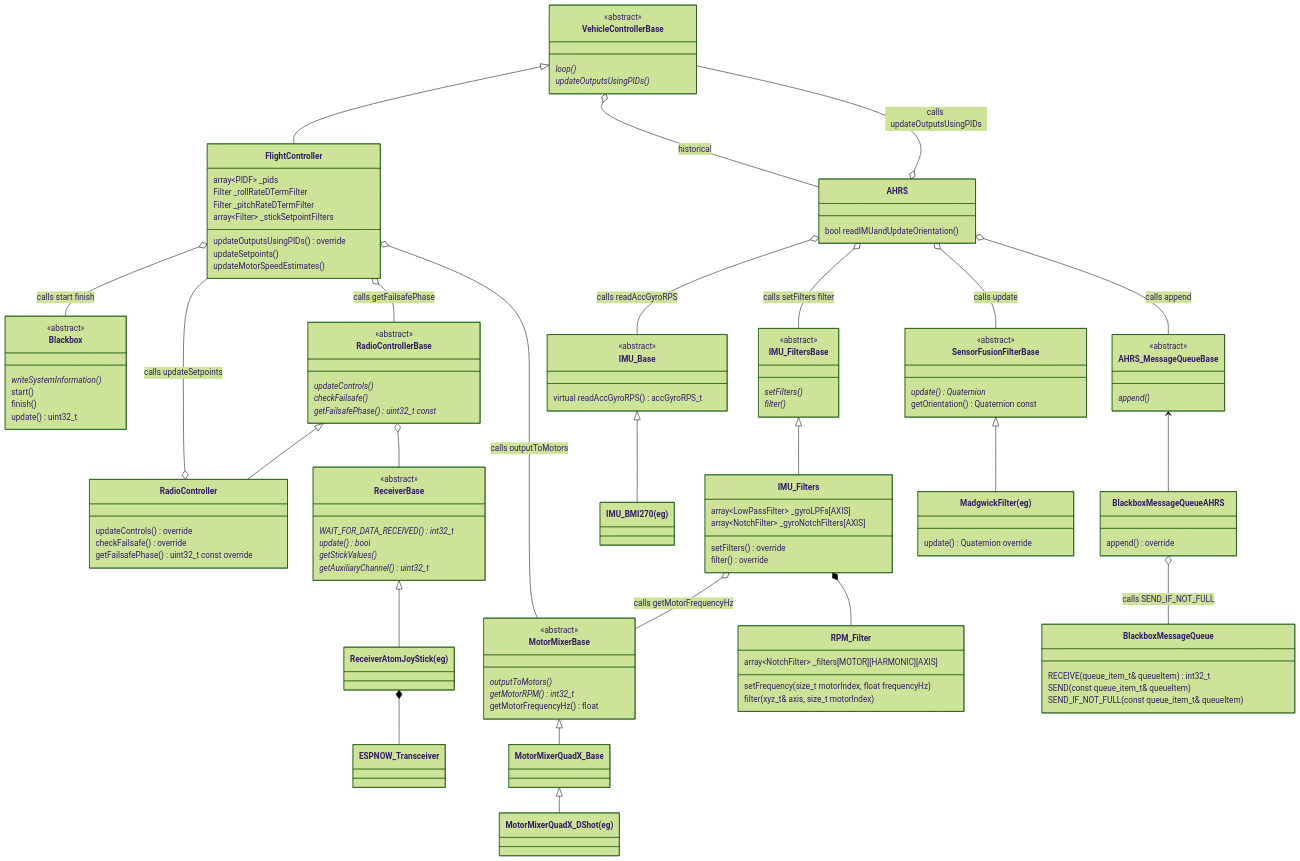
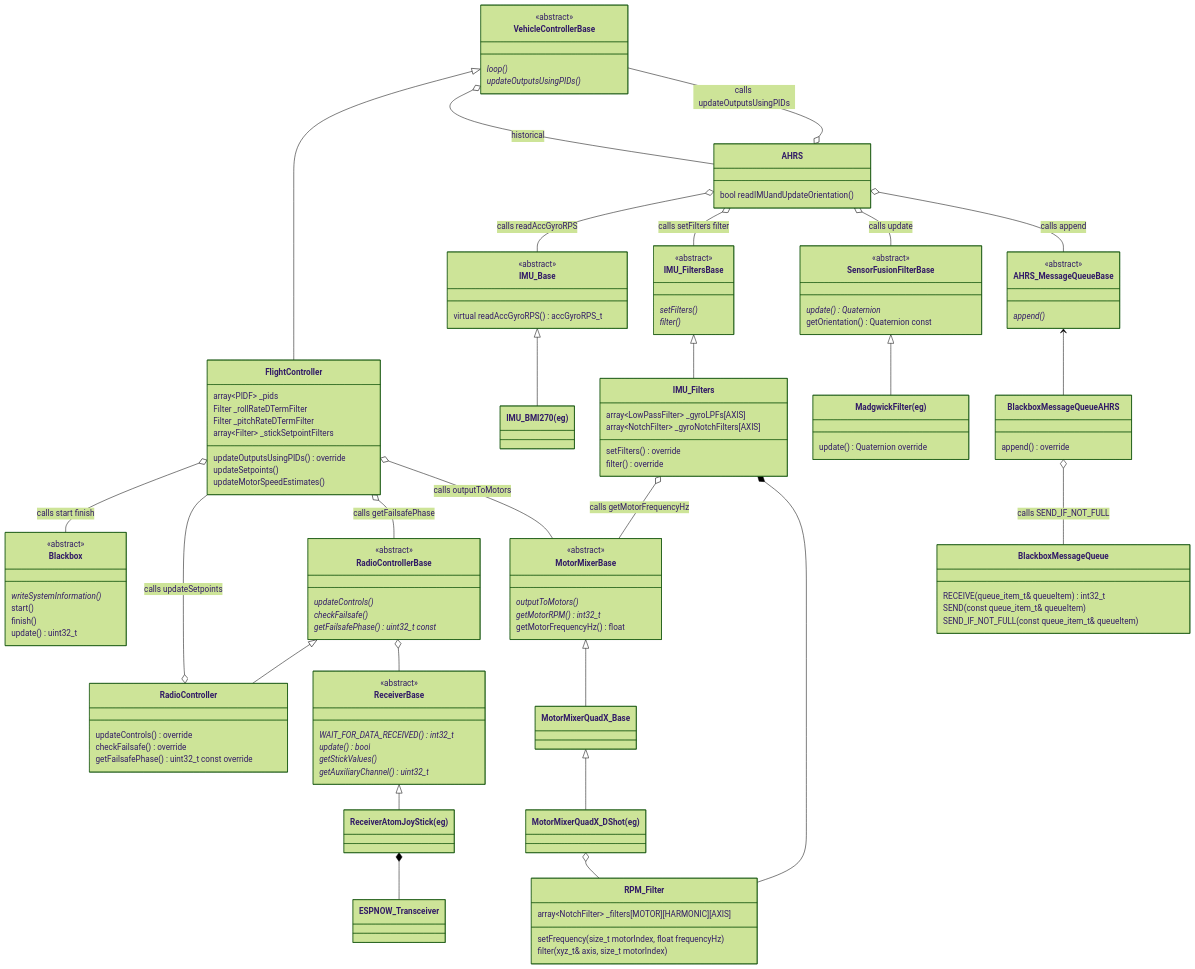
One commit to martinbudden/Protoflight changed the first of 5 diagrams in README.md. Above: the diagram before and after it, drawn with Mermaid (forest theme). The commit also changed other lines of this file and 10 other files, not shown here.

Commit message:
Changed to set RPM filters in MotorMixer.

```diff
--- a/README.md
+++ b/README.md
@@ -355,8 +363,10 @@
     MotorMixerQuadX_Base <|-- MotorMixerQuadX_DShot
     class MotorMixerQuadX_Base
     link MotorMixerQuadX_Base "https://github.com/martinbudden/protoflight/blob/main/lib/MotorMixers/src/MotorMixerQuadX_Base.h"
+
     class MotorMixerQuadX_DShot["MotorMixerQuadX_DShot(eg)"]
     link MotorMixerQuadX_DShot "https://github.com/martinbudden/protoflight/blob/main/lib/MotorMixers/src/MotorMixerQuadX_DShot.h"
+    MotorMixerQuadX_DShot o-- RPM_Filter
 
     IMU_Base <|-- IMU_BMI270
     class IMU_BMI270["IMU_BMI270(eg)"]
```
